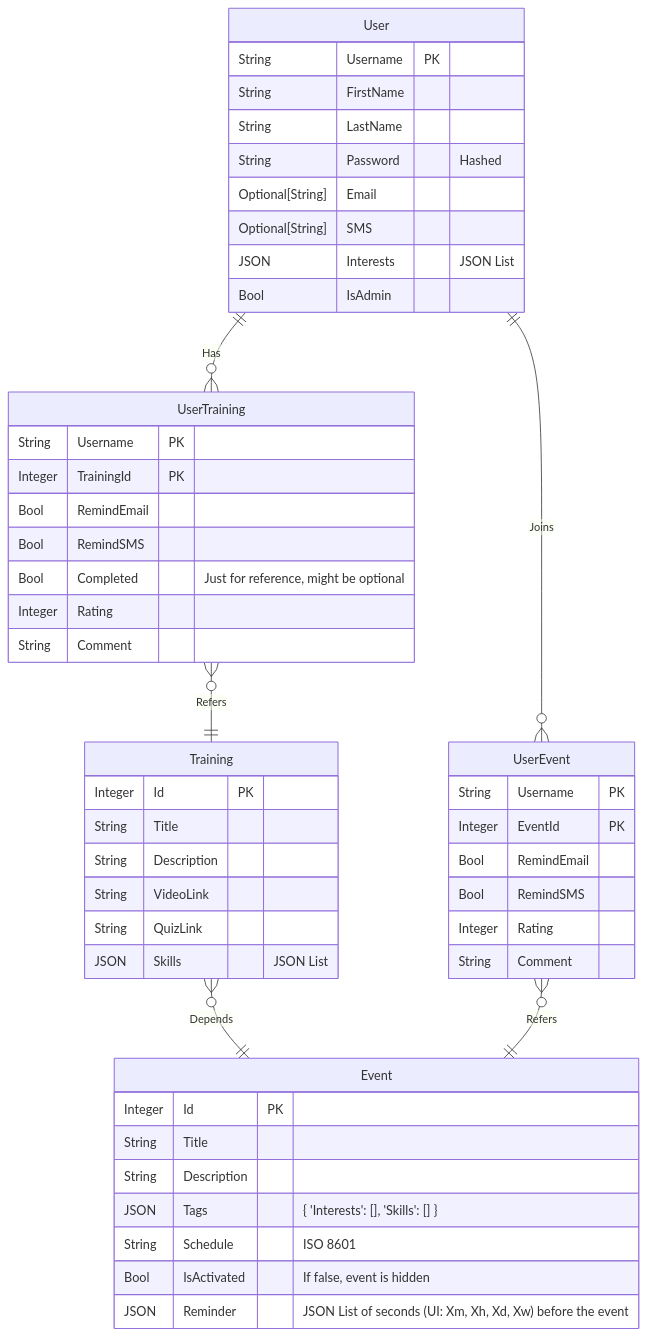
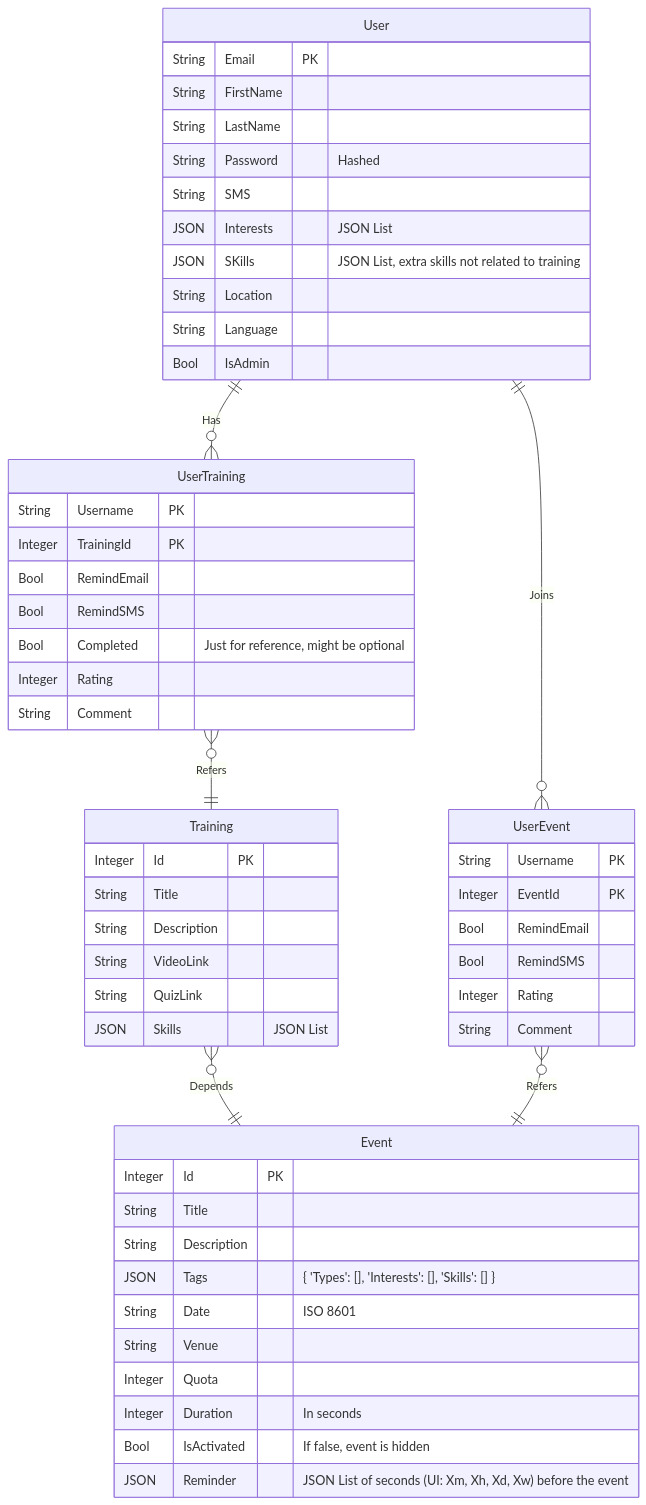
The diagram in server/README.md (Code-To-Give-Team14/code-to-give), drawn with Mermaid before and after one commit.

Commit message:
Update ER Diagram

````diff
--- a/server/README.md
+++ b/server/README.md
@@ -7,57 +7,62 @@
 ```mermaid
 erDiagram
     User {
-        String Username PK
+        String Email PK
         String FirstName
         String LastName
         String Password "Hashed"
-        Optional[String] Email
-        Optional[String] SMS
+        String SMS
         JSON Interests "JSON List"
+        JSON SKills "JSON List, extra skills not related to training"
+        String Location
+        String Language
         Bool IsAdmin
     }
 
     UserTraining {
         String Username PK
         Integer TrainingId PK
         Bool RemindEmail
         Bool RemindSMS
         Bool Completed "Just for reference, might be optional"
         Integer Rating
         String Comment
     }
 
     Training {
         Integer Id PK
         String Title
         String Description
         String VideoLink
         String QuizLink
         JSON Skills "JSON List"
     }
 
     UserEvent {
         String Username PK
         Integer EventId PK
         Bool RemindEmail
         Bool RemindSMS
         Integer Rating
         String Comment
     }
 
     Event {
         Integer Id PK
         String Title
         String Description
-        JSON Tags "{ 'Interests': [], 'Skills': [] }"
-        String Schedule "ISO 8601"
+        JSON Tags "{ 'Types': [], 'Interests': [], 'Skills': [] }"
+        String Date "ISO 8601"
+        String Venue
+        Integer Quota
+        Integer Duration "In seconds"
         Bool IsActivated "If false, event is hidden"
         JSON Reminder "JSON List of seconds (UI: Xm, Xh, Xd, Xw) before the event"
     }
 
     User ||--o{ UserTraining: Has
     UserTraining }o--|| Training: Refers
     Training }o--|| Event: Depends
     User ||--o{ UserEvent: Joins
     UserEvent }o--|| Event: Refers
 ```
````
